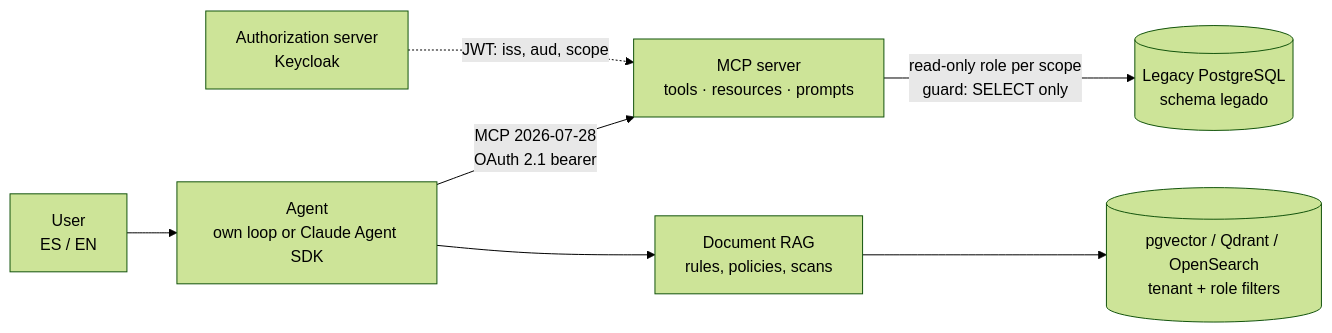
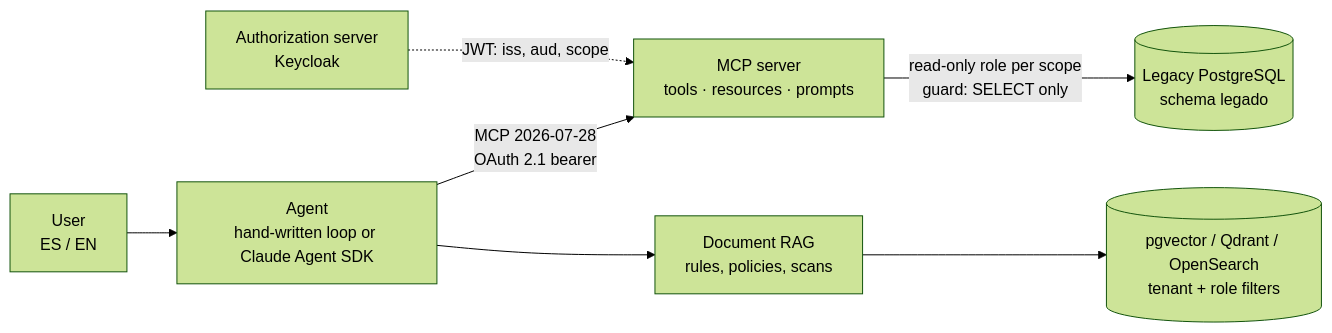
One commit to mcorona/genai-engineering-lab changed the diagram in README.md. Above: the diagram before and after it, drawn with Mermaid (forest theme). The commit also changed 6 other files, not shown here.

First line of the commit message:
Glossary terms: "hand-written loop" and "in-house router" instead of "own loop" and "own router" (#365)

````diff
--- a/README.md
+++ b/README.md
@@ -90,9 +90,9 @@
 ```mermaid
 flowchart LR
-  U[User<br/>ES / EN] --> A[Agent<br/>own loop or Claude Agent SDK]
+  U[User<br/>ES / EN] --> A[Agent<br/>hand-written loop or Claude Agent SDK]
   A -->|MCP 2026-07-28<br/>OAuth 2.1 bearer| M[MCP server<br/>tools · resources · prompts]
   K[Authorization server<br/>Keycloak] -. JWT: iss, aud, scope .-> M
   M -->|read-only role per scope<br/>guard: SELECT only| DB[(Legacy PostgreSQL<br/>schema legado)]
   A --> R[Document RAG<br/>rules, policies, scans]
   R --> V[(pgvector / Qdrant / OpenSearch<br/>tenant + role filters)]
 ```
````
